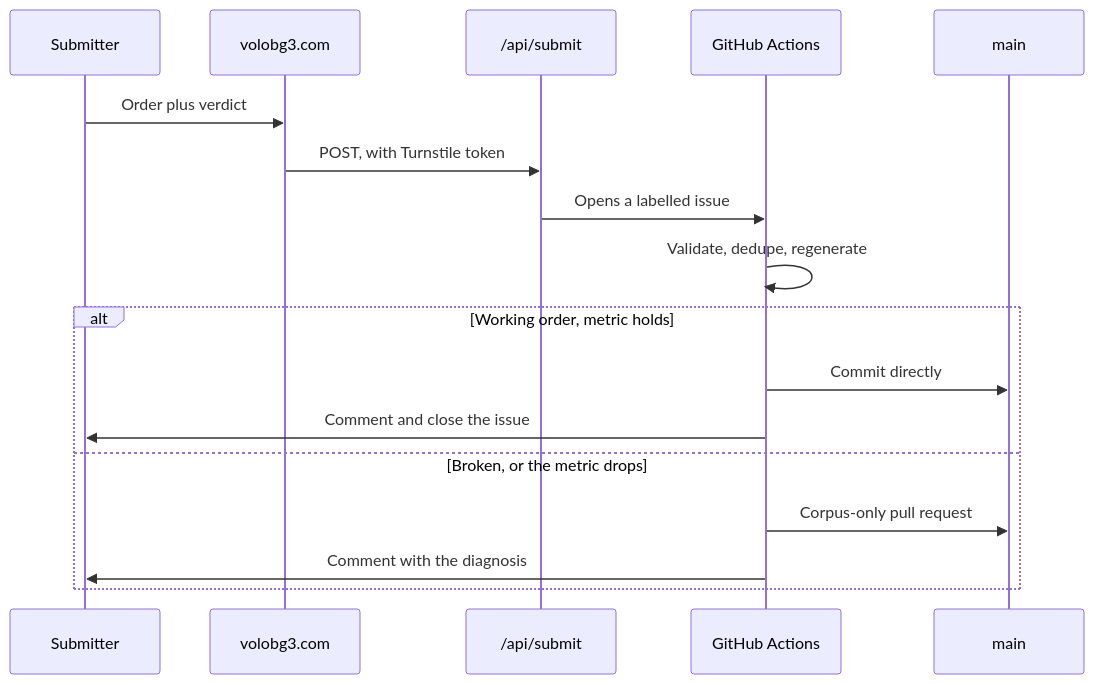
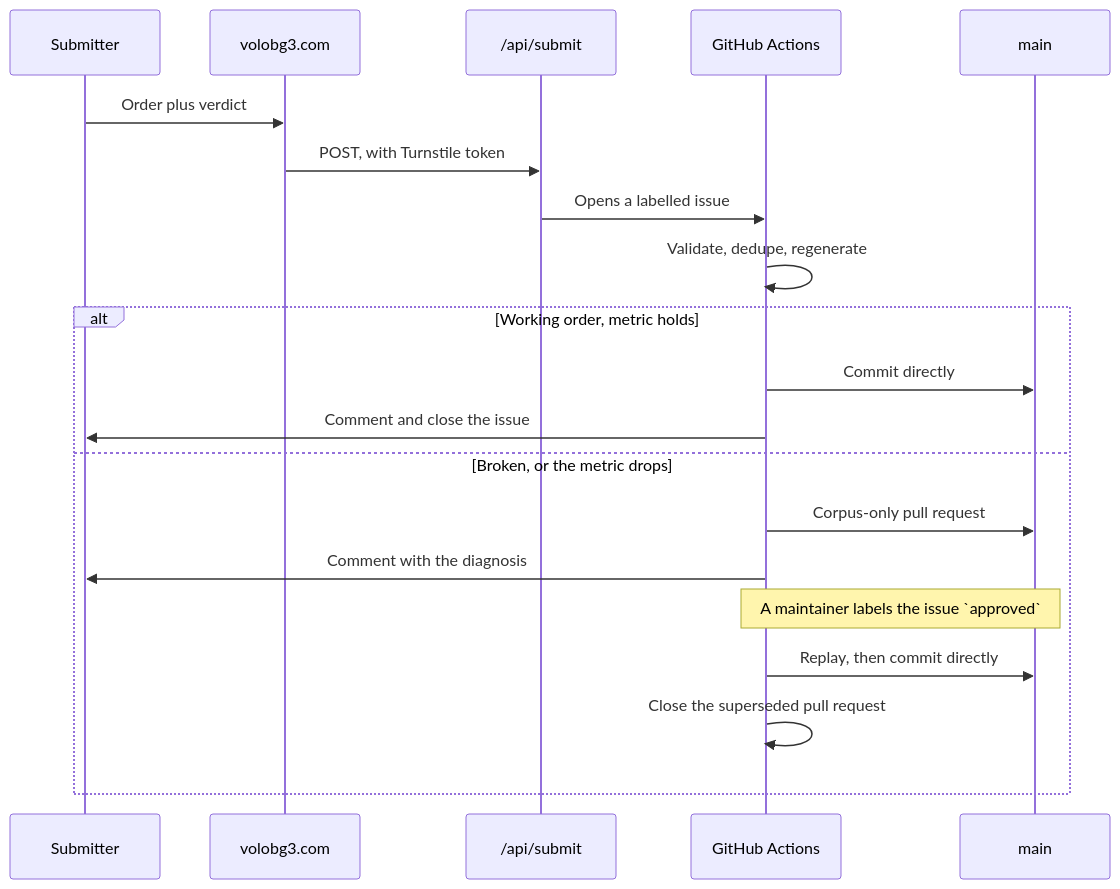
One commit to Moonie8t7/VOLO changed the diagram in docs/workflow.md. Above: the diagram before and after it, drawn with Mermaid. The commit also changed other lines of this file and 3 other files, not shown here.

````diff
--- a/docs/workflow.md
+++ b/docs/workflow.md
@@ -106,20 +106,23 @@
 ```mermaid
 sequenceDiagram
     participant U as Submitter
     participant S as volobg3.com
     participant F as /api/submit
     participant A as GitHub Actions
     participant M as main
 
     U->>S: Order plus verdict
     S->>F: POST, with Turnstile token
     F->>A: Opens a labelled issue
     A->>A: Validate, dedupe, regenerate
     alt Working order, metric holds
         A->>M: Commit directly
         A->>U: Comment and close the issue
     else Broken, or the metric drops
         A->>M: Corpus-only pull request
         A->>U: Comment with the diagnosis
+        Note over A,M: A maintainer labels the issue `approved`
+        A->>M: Replay, then commit directly
+        A->>A: Close the superseded pull request
     end
 ```
````
